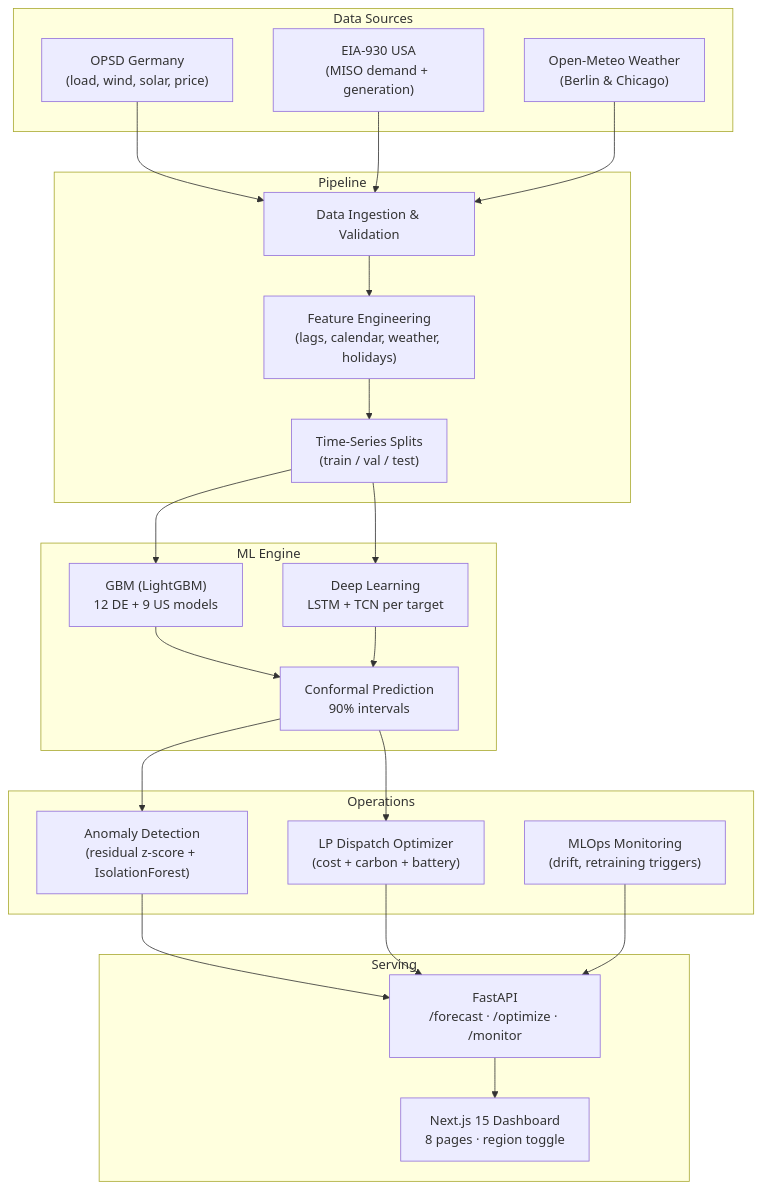
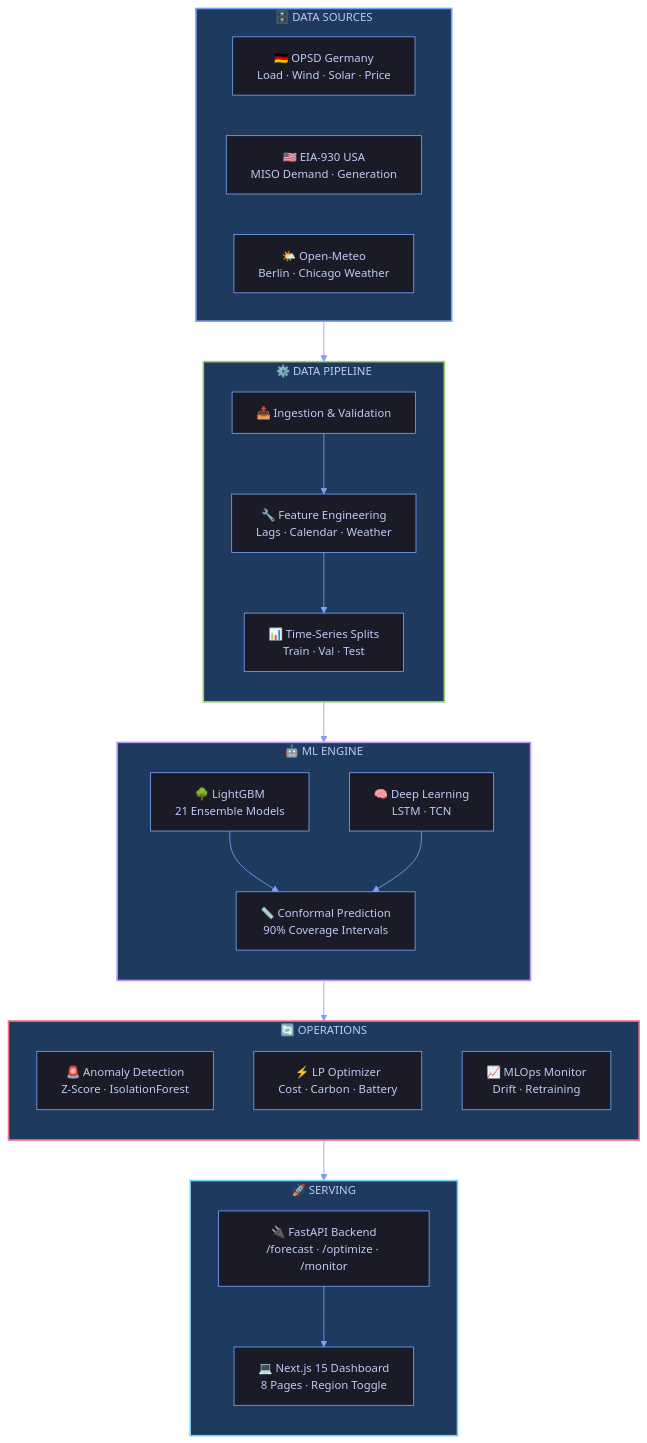
Before and after one commit to Pratikn03/Capstone_Projects: the diagram in README.md, drawn with Mermaid. The commit also changed 3 other files, not shown here.

First line of the commit message:
feat: modern architecture diagram component

````diff
--- a/README.md
+++ b/README.md
@@ -72,37 +72,64 @@
 ```mermaid
-flowchart TD
-  subgraph Data Sources
-    A1["OPSD Germany\n(load, wind, solar, price)"]
-    A2["EIA-930 USA\n(MISO demand + generation)"]
-    A3["Open-Meteo Weather\n(Berlin & Chicago)"]
+%%{init: {
+  'theme': 'base',
+  'themeVariables': {
+    'primaryColor': '#1a1b26',
+    'primaryTextColor': '#c0caf5',
+    'primaryBorderColor': '#7aa2f7',
+    'lineColor': '#7aa2f7',
+    'secondaryColor': '#24283b',
+    'tertiaryColor': '#1a1b26',
+    'fontFamily': 'Inter, system-ui, sans-serif',
+    'fontSize': '14px'
+  }
+}}%%
+
+flowchart TB
+  subgraph sources["🗄️ DATA SOURCES"]
+    direction LR
+    A1["🇩🇪 OPSD Germany<br/>Load · Wind · Solar · Price"]
+    A2["🇺🇸 EIA-930 USA<br/>MISO Demand · Generation"]
+    A3["🌤️ Open-Meteo<br/>Berlin · Chicago Weather"]
   end
 
-  subgraph Pipeline
-    B["Data Ingestion & Validation"]
-    C["Feature Engineering\n(lags, calendar, weather, holidays)"]
-    D["Time-Series Splits\n(train / val / test)"]
+  subgraph pipeline["⚙️ DATA PIPELINE"]
+    direction TB
+    B["📥 Ingestion & Validation"]
+    C["🔧 Feature Engineering<br/>Lags · Calendar · Weather"]
+    D["📊 Time-Series Splits<br/>Train · Val · Test"]
+    B --> C --> D
   end
 
-  subgraph ML Engine
-    E["GBM (LightGBM)\n12 DE + 9 US models"]
-    F["Deep Learning\nLSTM + TCN per target"]
-    G["Conformal Prediction\n90% intervals"]
+  subgraph ml["🤖 ML ENGINE"]
+    direction TB
+    E["🌳 LightGBM<br/>21 Ensemble Models"]
+    F["🧠 Deep Learning<br/>LSTM · TCN"]
+    G["📏 Conformal Prediction<br/>90% Coverage Intervals"]
+    E & F --> G
   end
 
-  subgraph Operations
-    H["Anomaly Detection\n(residual z-score + IsolationForest)"]
-    I["LP Dispatch Optimizer\n(cost + carbon + battery)"]
-    J["MLOps Monitoring\n(drift, retraining triggers)"]
+  subgraph ops["🔄 OPERATIONS"]
+    direction TB
+    H["🚨 Anomaly Detection<br/>Z-Score · IsolationForest"]
+    I["⚡ LP Optimizer<br/>Cost · Carbon · Battery"]
+    J["📈 MLOps Monitor<br/>Drift · Retraining"]
   end
 
-  subgraph Serving
-    K["FastAPI\n/forecast · /optimize · /monitor"]
-    L["Next.js 15 Dashboard\n8 pages · region toggle"]
+  subgraph serve["🚀 SERVING"]
+    direction TB
+    K["🔌 FastAPI Backend<br/>/forecast · /optimize · /monitor"]
+    L["💻 Next.js 15 Dashboard<br/>8 Pages · Region Toggle"]
+    K --> L
   end
 
-  A1 & A2 & A3 --> B --> C --> D
-  D --> E & F
-  E & F --> G
-  G --> H & I
-  H & I & J --> K --> L
+  sources --> pipeline
+  pipeline --> ml
+  ml --> ops
+  ops --> serve
+
+  style sources fill:#1e3a5f,stroke:#7aa2f7,stroke-width:2px,color:#c0caf5
+  style pipeline fill:#1e3a5f,stroke:#9ece6a,stroke-width:2px,color:#c0caf5
+  style ml fill:#1e3a5f,stroke:#bb9af7,stroke-width:2px,color:#c0caf5
+  style ops fill:#1e3a5f,stroke:#f7768e,stroke-width:2px,color:#c0caf5
+  style serve fill:#1e3a5f,stroke:#7dcfff,stroke-width:2px,color:#c0caf5
 ```
````
